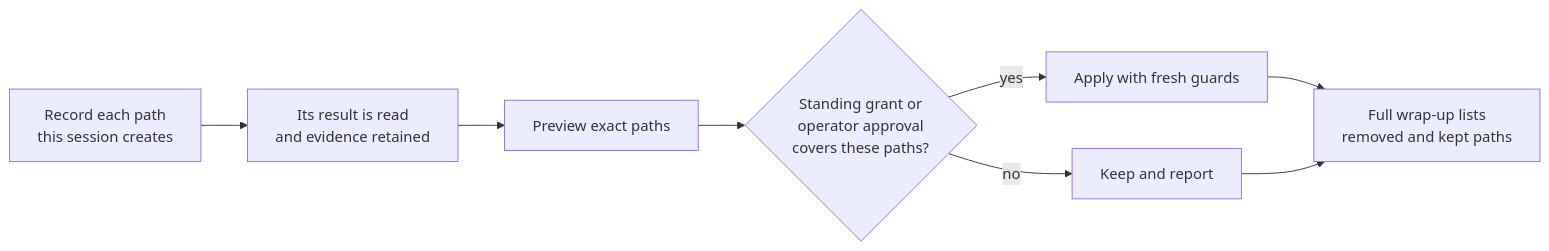
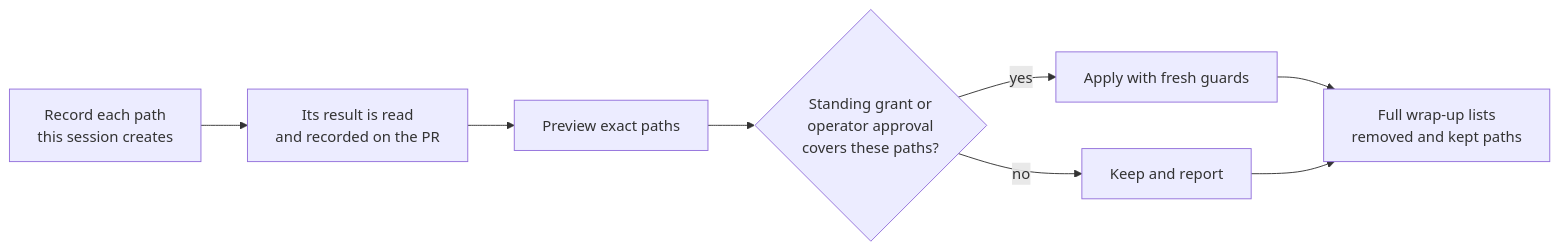
Before and after one commit to topij/agentic-dev-kit: the third of 3 diagrams in README.md, drawn with Mermaid. The commit also changed other lines of this file and 17 other files, not shown here.

First line of the commit message:
session_cleanup: discard completed evidence by default; retire-evidence (#1316)

````diff
--- a/README.md
+++ b/README.md
@@ -108,10 +108,10 @@
 ```mermaid
 flowchart LR
-    Record["Record each path<br/>this session creates"] --> Done["Its result is read<br/>and evidence retained"]
+    Record["Record each path<br/>this session creates"] --> Done["Its result is read<br/>and recorded on the PR"]
     Done --> Preview["Preview exact paths"]
     Preview --> Decision{"Standing grant or<br/>operator approval<br/>covers these paths?"}
     Decision -->|yes| Apply["Apply with fresh guards"]
     Decision -->|no| Keep["Keep and report"]
     Apply --> Report["Full wrap-up lists<br/>removed and kept paths"]
     Keep --> Report
 ```
````
